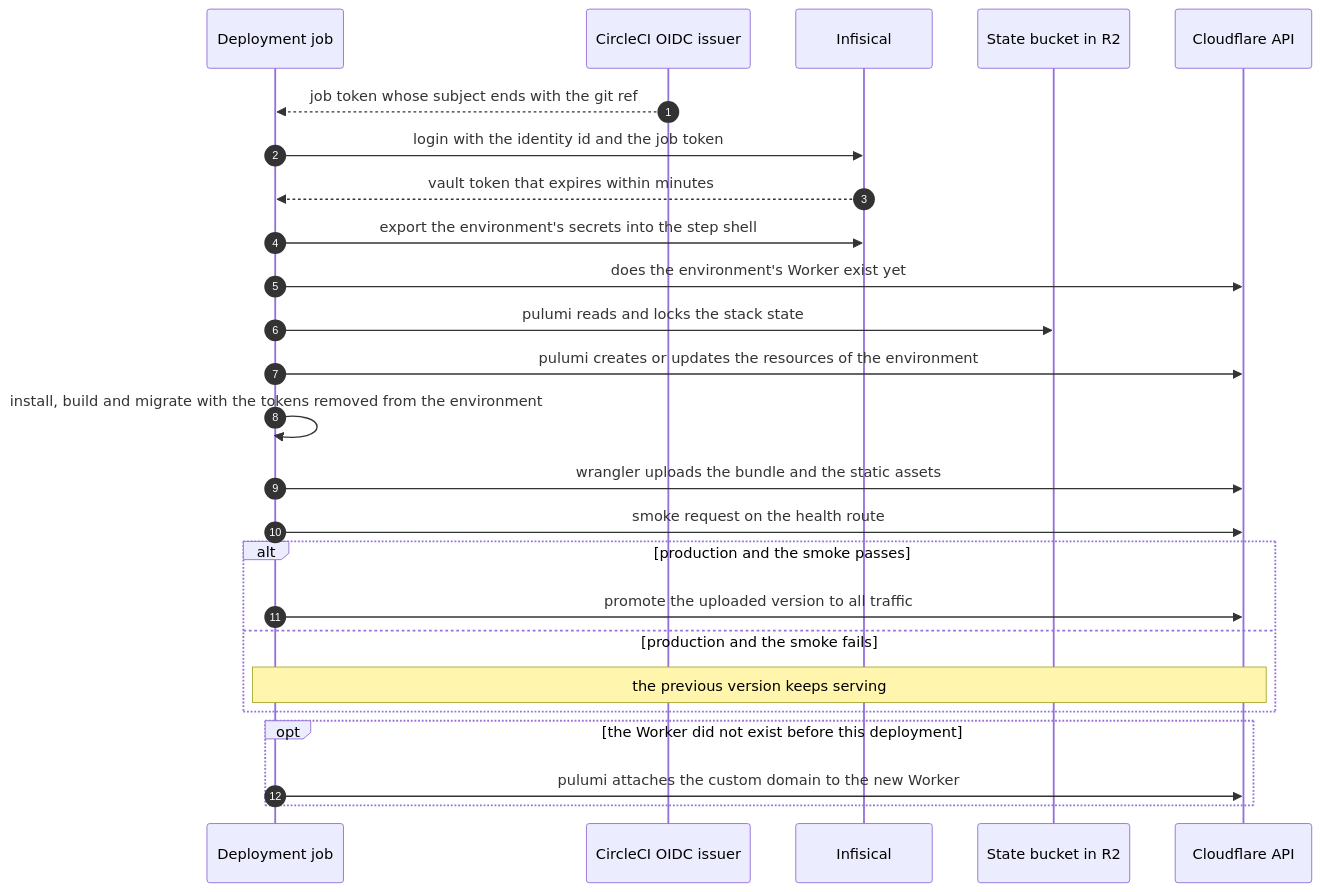
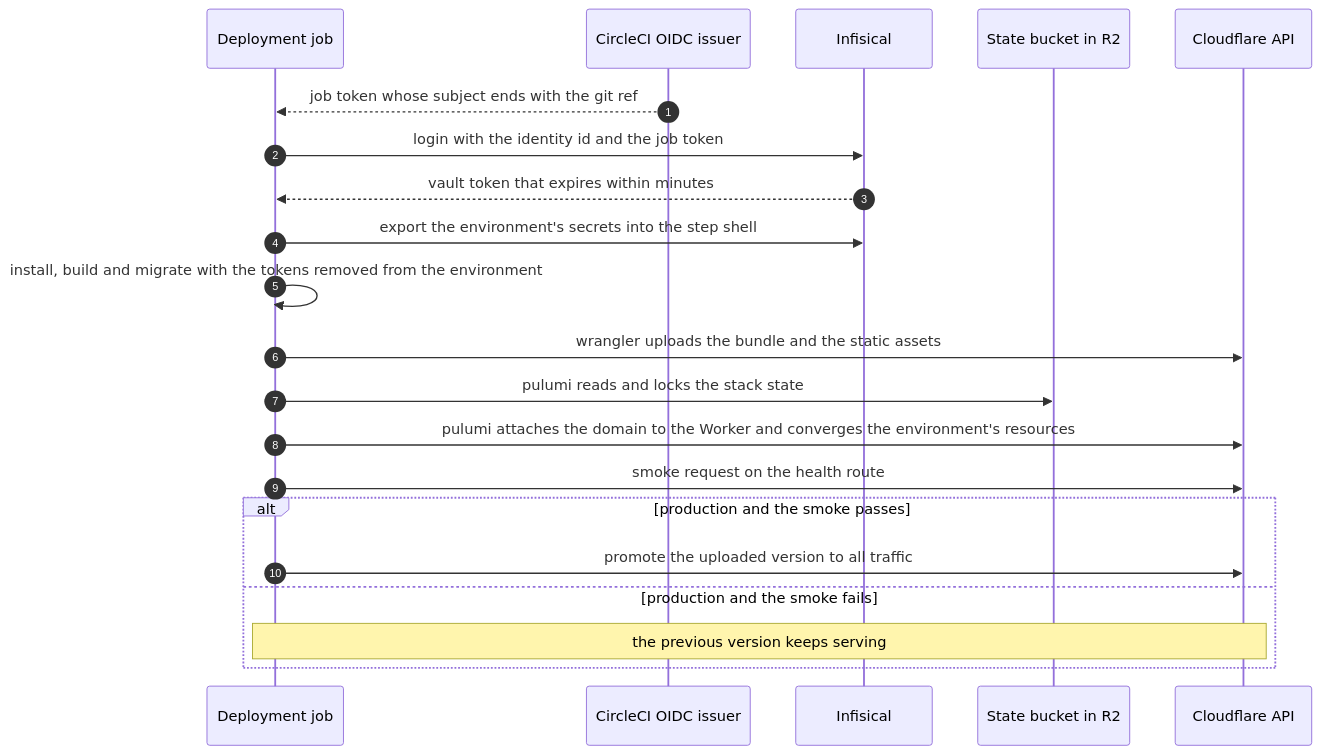
Before and after one commit to NextNodeSolutions/infrastructure: the third of 3 diagrams in docs/architecture.md, drawn with Mermaid. The commit also changed other lines of this file and 2 other files, not shown here.

Commit message:
ci: pulumi runs once, after the upload and before the smoke request; the project name is validated and serialized

````diff
--- a/docs/architecture.md
+++ b/docs/architecture.md
@@ -88,27 +88,23 @@
 ```mermaid
 sequenceDiagram
     autonumber
     participant J as Deployment job
     participant O as CircleCI OIDC issuer
     participant V as Infisical
     participant S as State bucket in R2
     participant F as Cloudflare API
     O-->>J: job token whose subject ends with the git ref
     J->>V: login with the identity id and the job token
     V-->>J: vault token that expires within minutes
     J->>V: export the environment's secrets into the step shell
-    J->>F: does the environment's Worker exist yet
-    J->>S: pulumi reads and locks the stack state
-    J->>F: pulumi creates or updates the resources of the environment
     J->>J: install, build and migrate with the tokens removed from the environment
     J->>F: wrangler uploads the bundle and the static assets
+    J->>S: pulumi reads and locks the stack state
+    J->>F: pulumi attaches the domain to the Worker and converges the environment's resources
     J->>F: smoke request on the health route
     alt production and the smoke passes
         J->>F: promote the uploaded version to all traffic
     else production and the smoke fails
         Note over J,F: the previous version keeps serving
     end
-    opt the Worker did not exist before this deployment
-        J->>F: pulumi attaches the custom domain to the new Worker
-    end
 ```
````
